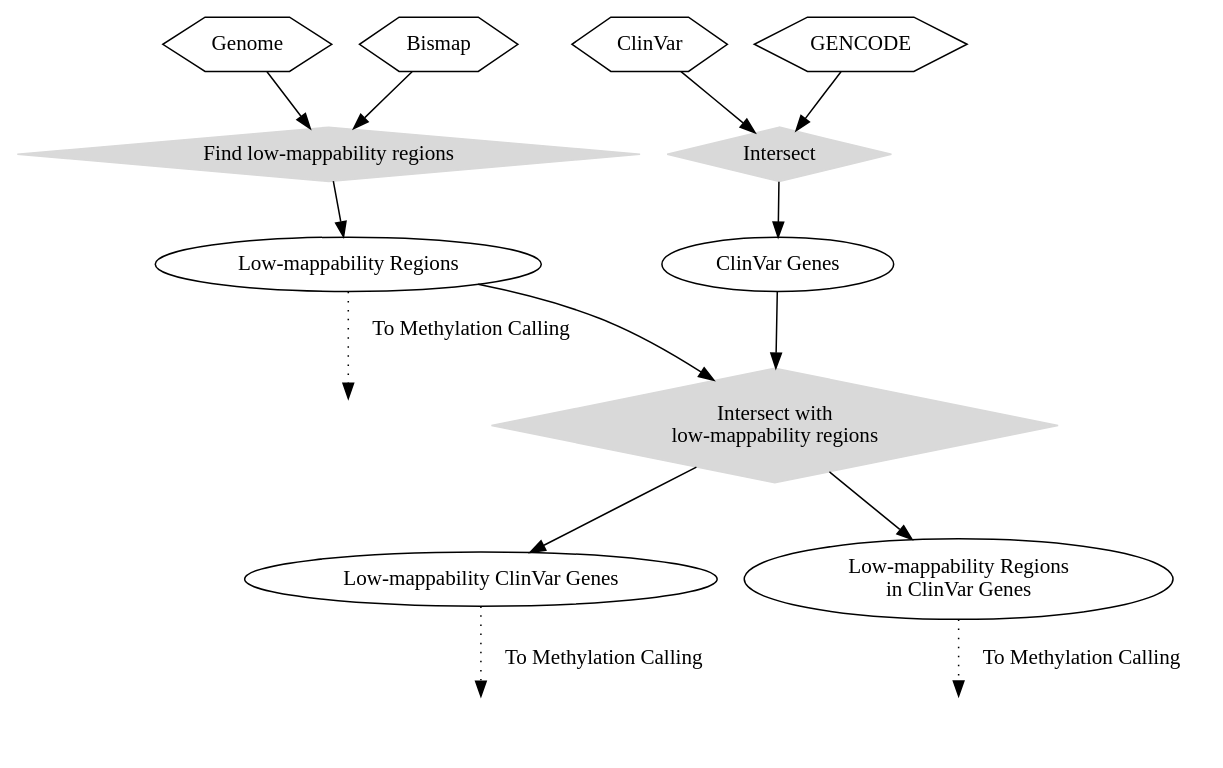
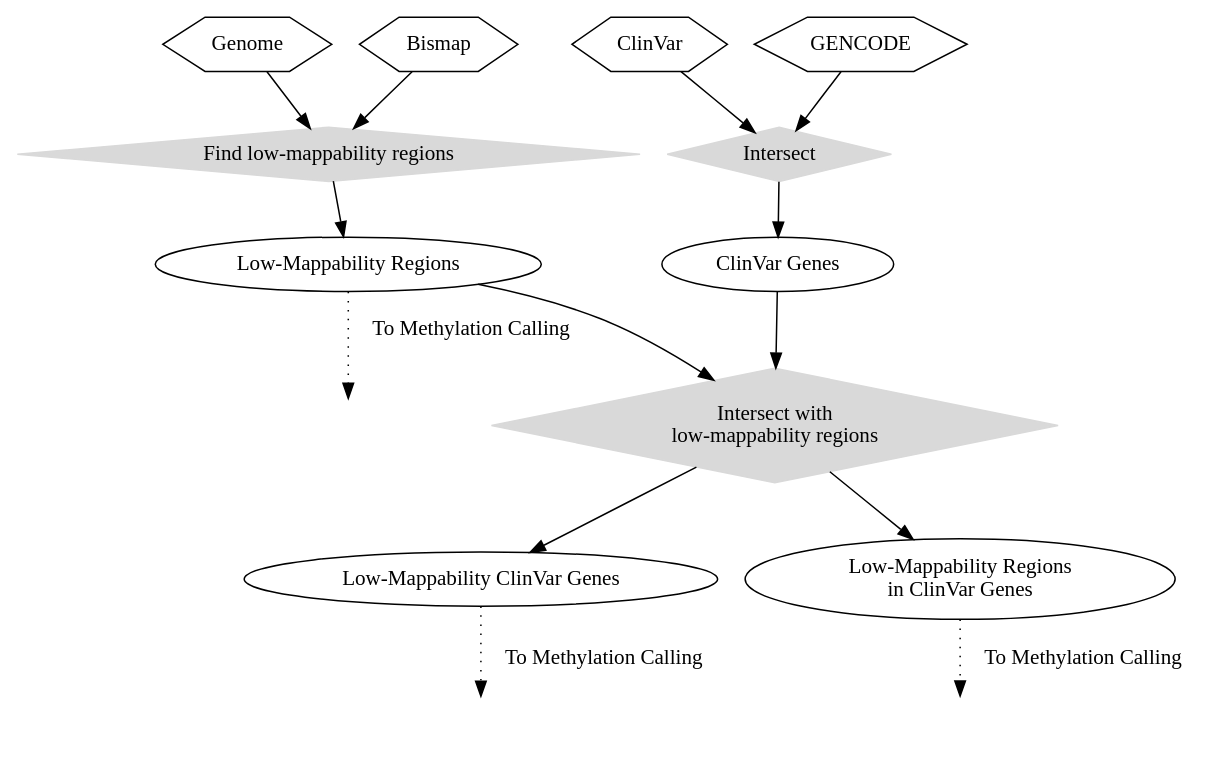
One commit to nebiolabs/low_bismap_methyl_calls changed the diagram in procfig_1.dot. Above: the diagram before and after it, drawn with Graphviz. The commit also changed 8 other files, not shown here.

```diff
--- a/procfig_1.dot
+++ b/procfig_1.dot
@@ -1,52 +1,52 @@
 digraph workflow {
 
 
 	"Genome" [shape=hexagon];
 
 	"ClinVar" [shape=hexagon];
 
 	"GENCODE" [shape=hexagon];
 
 	"Bismap" [shape=hexagon];
 
 	"Intersect_1" [shape=diamond,  color=gray85, style=filled, label="Intersect"];
 
 	"ClinVar" -> "Intersect_1";
 
 	"GENCODE" -> "Intersect_1";
 
 	"Intersect_1" -> "ClinVar Genes";
 
 	"Intersect_3" [shape=diamond,  color=gray85, style=filled, label="Find low-mappability regions"];
 
 	"Bismap" -> "Intersect_3";
 
 	"Genome" -> "Intersect_3";
 
-	"Intersect_3" -> "Low-mappability Regions";
+	"Intersect_3" -> "Low-Mappability Regions";
 
 	"Intersect_2" [shape=diamond,  color=gray85, style=filled, label="Intersect with\nlow-mappability regions"];
 
 	"ClinVar Genes" -> "Intersect_2";
 
-	"Low-mappability Regions" -> "Intersect_2";
+	"Low-Mappability Regions" -> "Intersect_2";
 
-	"Intersect_2" -> "Low-mappability ClinVar Genes";
+	"Intersect_2" -> "Low-Mappability ClinVar Genes";
 
-	"Intersect_2" -> "Low-mappability Regions \nin ClinVar Genes";
+	"Intersect_2" -> "Low-Mappability Regions \nin ClinVar Genes";
 
-	"Low-mappability Regions" -> "BAM_PROC_1" [label="To Methylation Calling", style=dotted];
+	"Low-Mappability Regions" -> "BAM_PROC_1" [label="To Methylation Calling", style=dotted];
 
-	"Low-mappability ClinVar Genes" -> "BAM_PROC_2" [label="To Methylation Calling", style=dotted];
+	"Low-Mappability ClinVar Genes" -> "BAM_PROC_2" [label="To Methylation Calling", style=dotted];
 
-	"Low-mappability Regions \nin ClinVar Genes" -> "BAM_PROC_3" [label="To Methylation Calling", style=dotted];
+	"Low-Mappability Regions \nin ClinVar Genes" -> "BAM_PROC_3" [label="To Methylation Calling", style=dotted];
 
 	"BAM_PROC_1" [style=invis];
 
 	"BAM_PROC_2" [style=invis];
 
 	"BAM_PROC_3" [style=invis];
 
 
 	
  }
```
